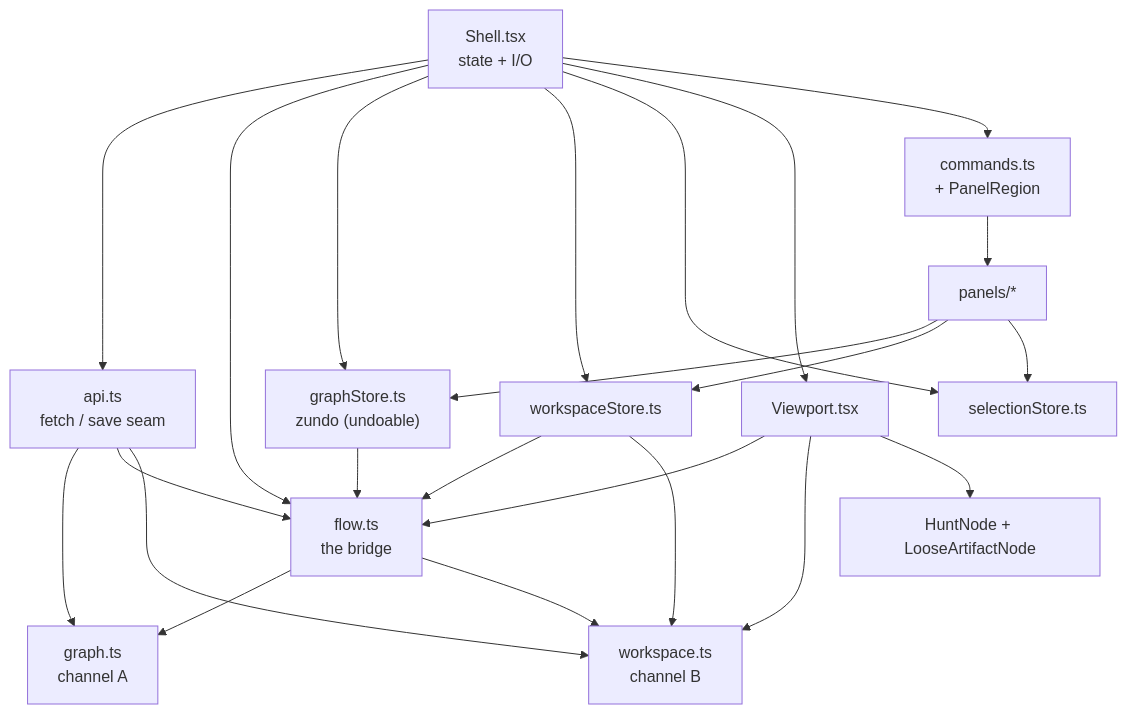
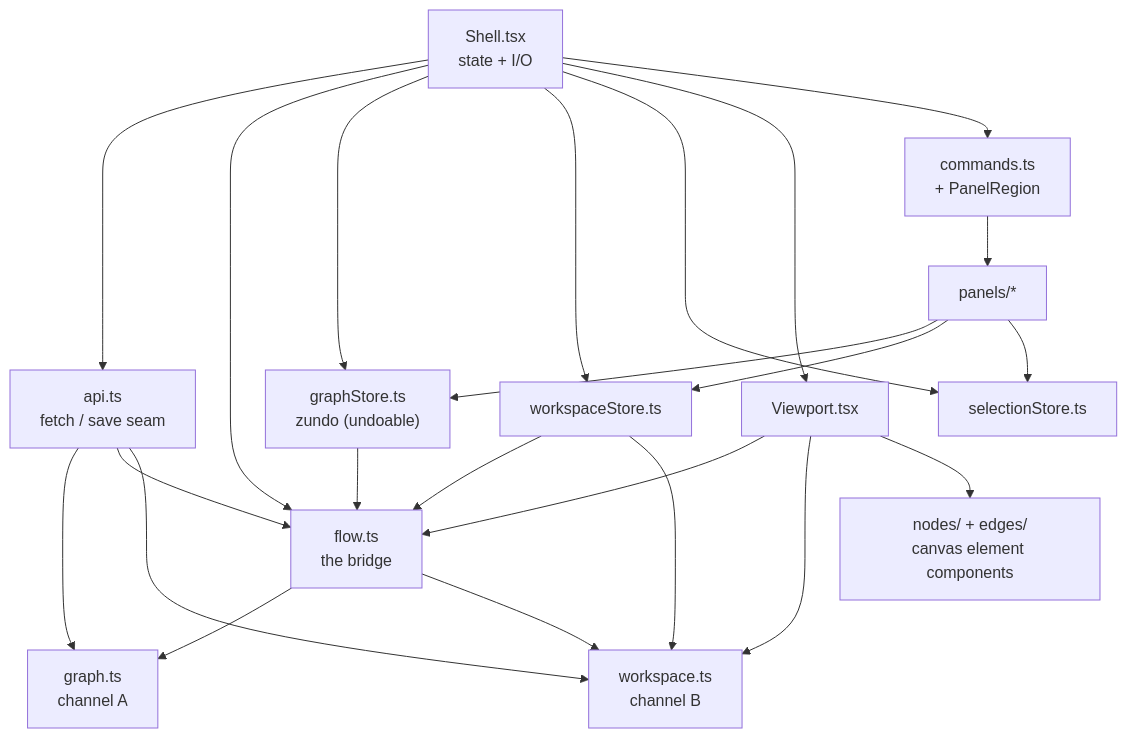
Before and after one commit to goirijo/puzzcombinator-redux: the first of 2 diagrams in frontend/FRONTEND.md, drawn with Mermaid. The commit also changed other lines of this file, not shown here.

First line of the commit message:
Docs: document the edges/ dir and the artifact chip/explode grid

````diff
--- a/frontend/FRONTEND.md
+++ b/frontend/FRONTEND.md
@@ -250,24 +260,24 @@
 ```mermaid
 flowchart TD
     Shell["Shell.tsx<br/>state + I/O"]
     api["api.ts<br/>fetch / save seam"]
     flow["flow.ts<br/>the bridge"]
     graphDto["graph.ts<br/>channel A"]
     workspace["workspace.ts<br/>channel B"]
     graphStore["graphStore.ts<br/>zundo (undoable)"]
     workspaceStore["workspaceStore.ts"]
     selectionStore["selectionStore.ts"]
     Viewport["Viewport.tsx"]
-    nodes["HuntNode + LooseArtifactNode"]
+    nodes["nodes/ + edges/<br/>canvas element components"]
     commands["commands.ts<br/>+ PanelRegion"]
     panels["panels/*"]
 
     Shell --> api & flow & graphStore & workspaceStore & selectionStore & Viewport & commands
     api --> graphDto & flow & workspace
     flow --> graphDto & workspace
     graphStore --> flow
     workspaceStore --> flow & workspace
     Viewport --> flow & workspace & nodes
     commands --> panels
     panels --> graphStore & workspaceStore & selectionStore
 ```
````
